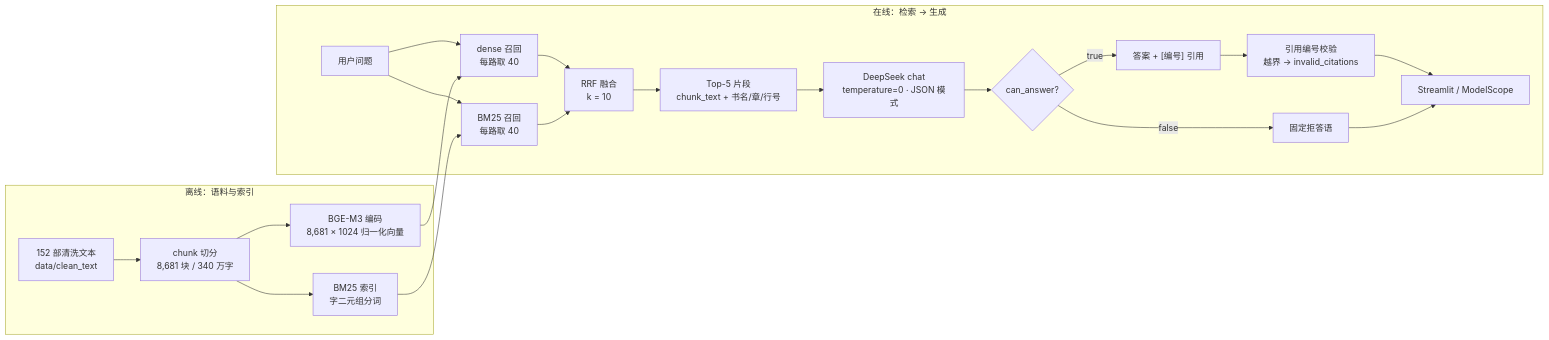
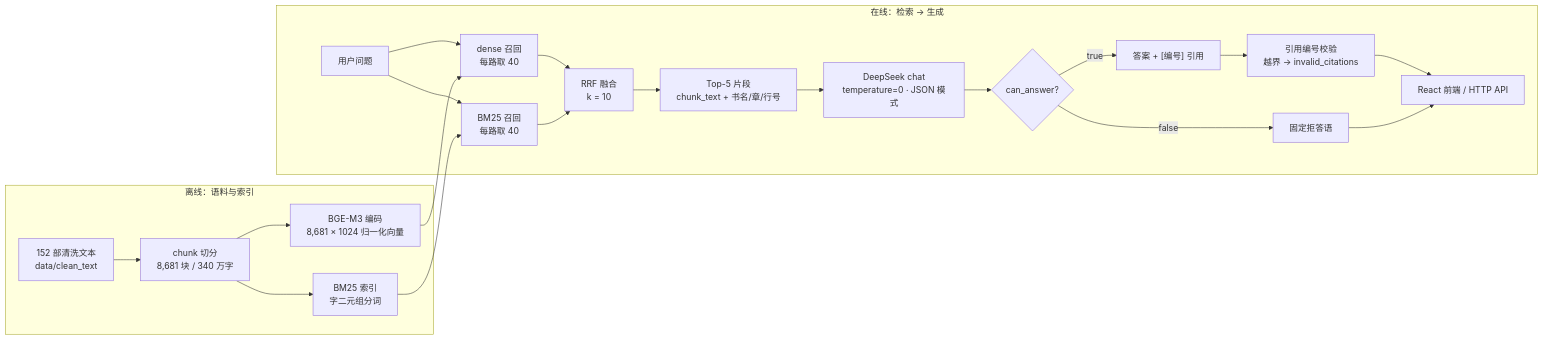
One commit to true-12138/mingli-rag changed the diagram in README.md. Above: the diagram before and after it, drawn with Mermaid. The commit also changed other lines of this file and 1 other file, not shown here.

Commit message:
docs: 公开入口改为 CloudStudio 公网地址，撤下 ModelScope；架构表同步 BM25/前端现状

````diff
--- a/README.md
+++ b/README.md
@@ -39,25 +38,25 @@
 ```mermaid
 flowchart LR
     subgraph OFFLINE["离线：语料与索引"]
         A["152 部清洗文本<br/>data/clean_text"] --> B["chunk 切分<br/>8,681 块 / 340 万字"]
         B --> C["BGE-M3 编码<br/>8,681 × 1024 归一化向量"]
         B --> D["BM25 索引<br/>字二元组分词"]
     end
 
     subgraph ONLINE["在线：检索 → 生成"]
         Q["用户问题"] --> E["dense 召回<br/>每路取 40"]
         Q --> F["BM25 召回<br/>每路取 40"]
         C --> E
         D --> F
         E --> G["RRF 融合<br/>k = 10"]
         F --> G
         G --> H["Top-5 片段<br/>chunk_text + 书名/章/行号"]
         H --> I["DeepSeek chat<br/>temperature=0 · JSON 模式"]
         I --> J{"can_answer?"}
         J -->|"true"| K["答案 + [编号] 引用"]
         J -->|"false"| L["固定拒答语"]
         K --> M["引用编号校验<br/>越界 → invalid_citations"]
-        M --> N["Streamlit / ModelScope"]
+        M --> N["React 前端 / HTTP API"]
         L --> N
     end
 ```
````
